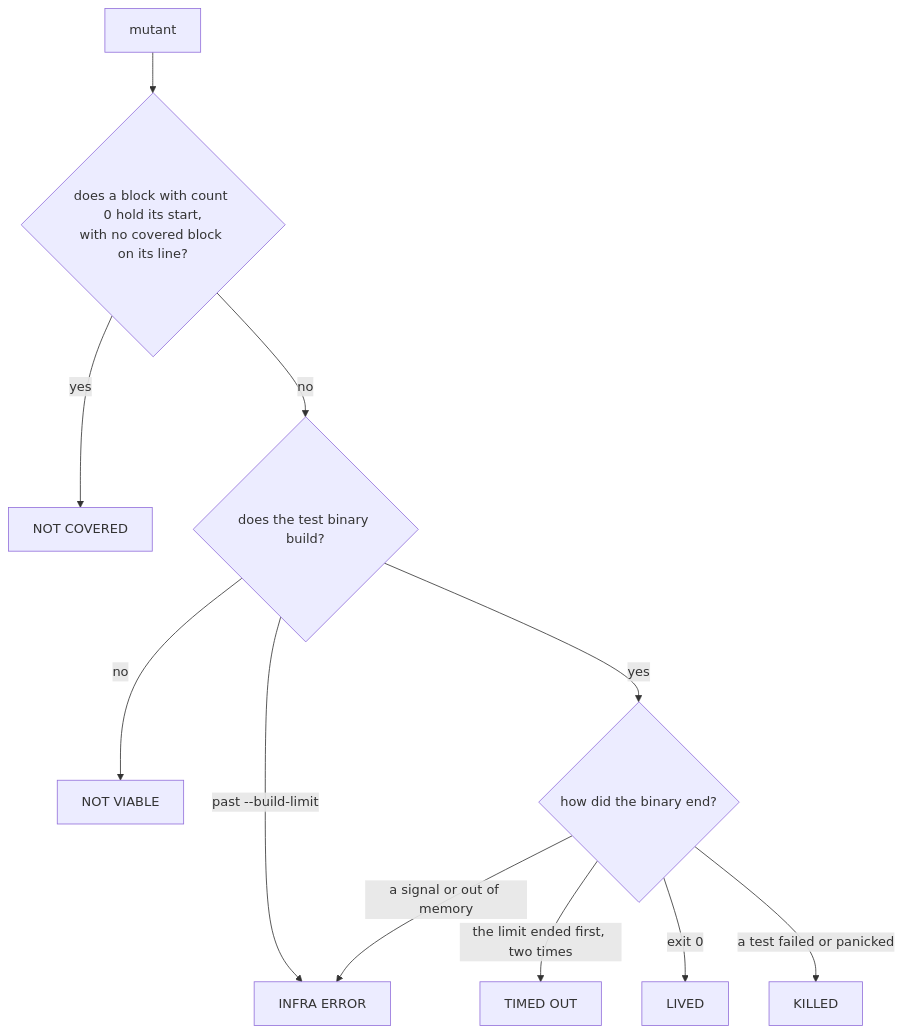
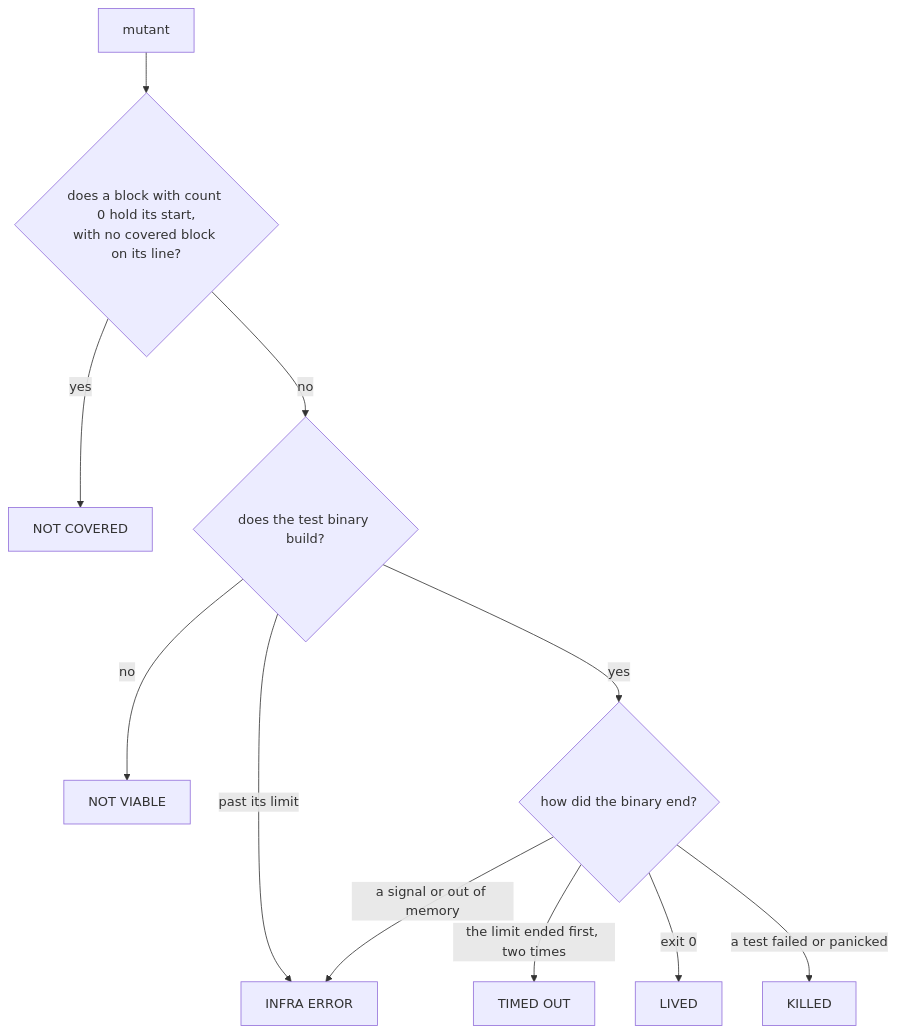
One commit to hpcsc/mutants changed the fourth of 5 diagrams in docs/design.md. Above: the diagram before and after it, drawn with Mermaid. The commit also changed other lines of this file and 6 other files, not shown here.

````diff
--- a/docs/design.md
+++ b/docs/design.md
@@ -353,13 +353,13 @@
 ```mermaid
 flowchart TD
     S["mutant"] --> CV{"does a block with count 0 hold its start,<br/>with no covered block on its line?"}
     CV -- "yes" --> NC["NOT COVERED"]
     CV -- "no" --> BLD{"does the test binary build?"}
     BLD -- "no" --> NV["NOT VIABLE"]
-    BLD -- "past --build-limit" --> IE
+    BLD -- "past its limit" --> IE
     BLD -- "yes" --> RUN{"how did the binary end?"}
     RUN -- "the limit ended first, two times" --> TO["TIMED OUT"]
     RUN -- "exit 0" --> LV["LIVED"]
     RUN -- "a test failed or panicked" --> KD["KILLED"]
     RUN -- "a signal or out of memory" --> IE["INFRA ERROR"]
 ```
````
